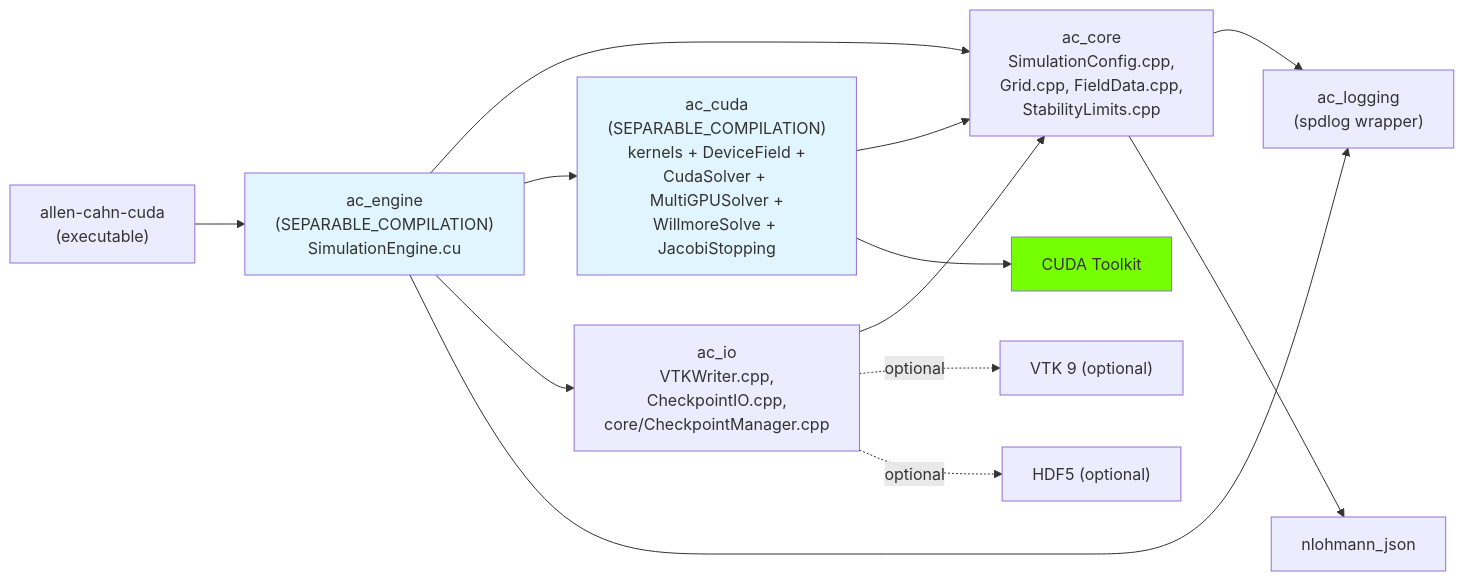
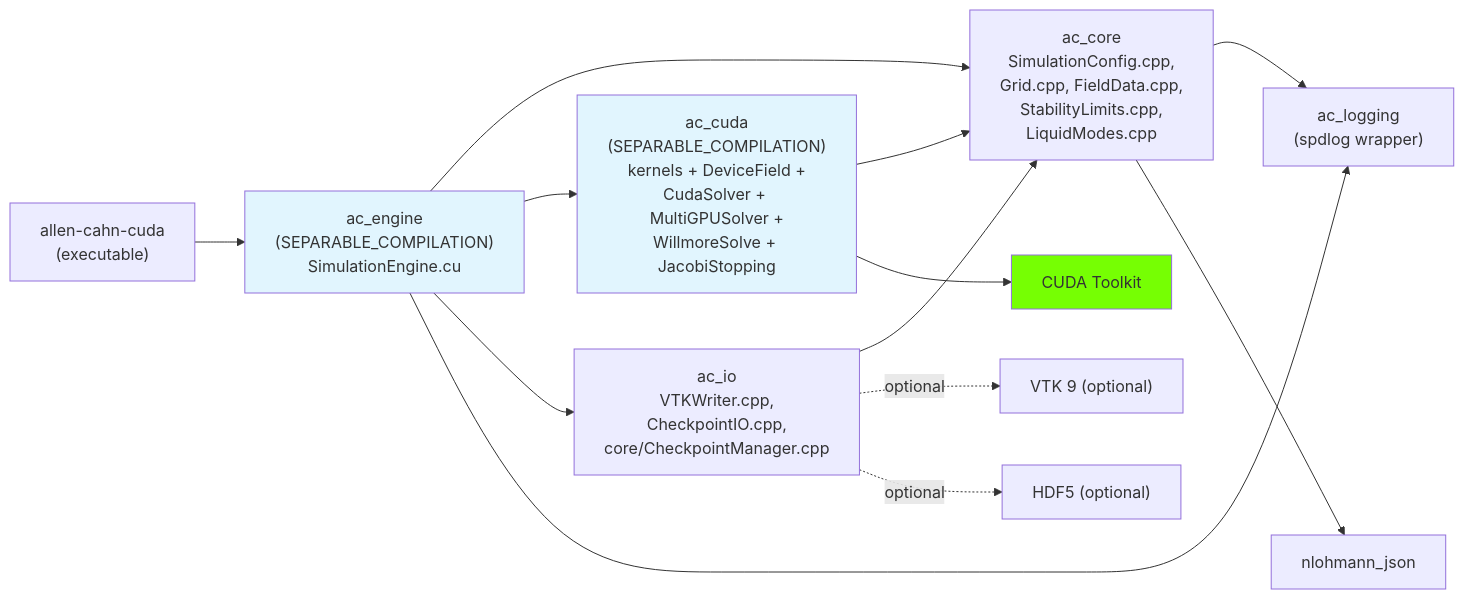
The second of 9 diagrams in docs/ARCHITECTURE.md (myousefi2016/Allen-Cahn-CUDA), drawn with Mermaid before and after one commit. The commit also changed other lines of this file and 18 other files, not shown here.

````diff
--- a/docs/ARCHITECTURE.md
+++ b/docs/ARCHITECTURE.md
@@ -96,30 +98,30 @@
 ```mermaid
 graph LR
     aclog["ac_logging<br/>(spdlog wrapper)"]
-    accore["ac_core<br/>SimulationConfig.cpp,<br/>Grid.cpp, FieldData.cpp,<br/>StabilityLimits.cpp"]
+    accore["ac_core<br/>SimulationConfig.cpp,<br/>Grid.cpp, FieldData.cpp,<br/>StabilityLimits.cpp,<br/>LiquidModes.cpp"]
     accuda["ac_cuda<br/>(SEPARABLE_COMPILATION)<br/>kernels + DeviceField +<br/>CudaSolver + MultiGPUSolver +<br/>WillmoreSolve + JacobiStopping"]
     acio["ac_io<br/>VTKWriter.cpp,<br/>CheckpointIO.cpp,<br/>core/CheckpointManager.cpp"]
     acengine["ac_engine<br/>(SEPARABLE_COMPILATION)<br/>SimulationEngine.cu"]
     exe["allen-cahn-cuda<br/>(executable)"]
     json["nlohmann_json"]
     cuda["CUDA Toolkit"]
     vtk["VTK 9 (optional)"]
     hdf5["HDF5 (optional)"]
 
     accore --> aclog
     accore --> json
     accuda --> accore
     accuda --> cuda
     acio --> accore
     acio -.optional.-> vtk
     acio -.optional.-> hdf5
     acengine --> accore
     acengine --> accuda
     acengine --> acio
     acengine --> aclog
     exe --> acengine
 
     style accuda fill:#e1f5fe
     style acengine fill:#e1f5fe
     style cuda fill:#76ff03
 ```
````
